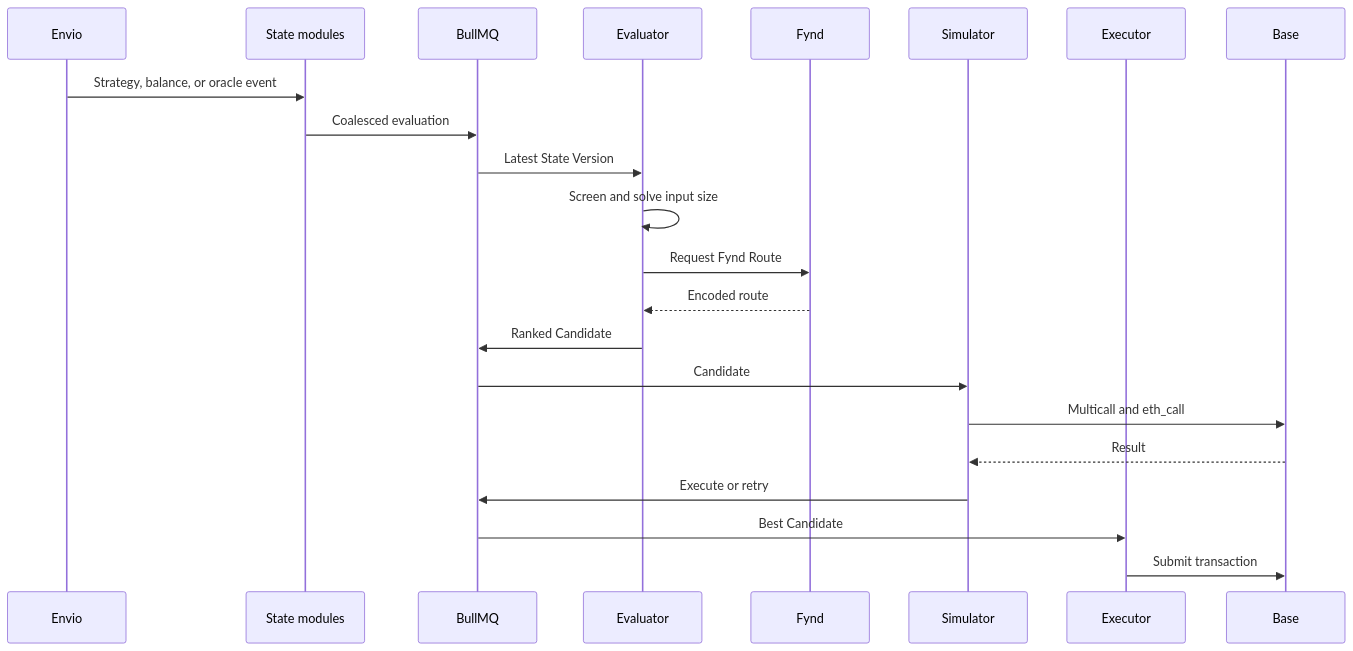
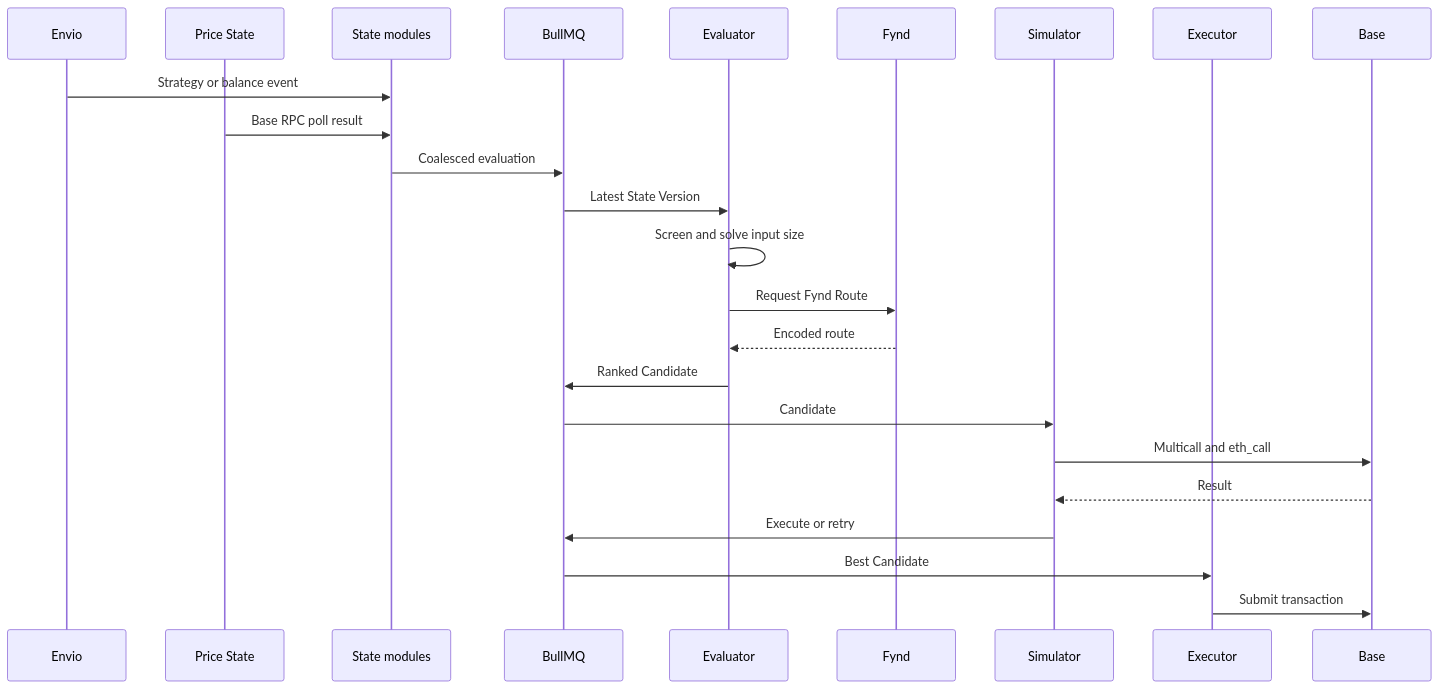
The third of 4 diagrams in docs/adr/0014-production-arbitrageur-design.md (bleu/aqua-portfolio-manager), drawn with Mermaid before and after one commit. The commit also changed other lines of this file, not shown here.

First line of the commit message:
docs(adr): Price State polls Base RPC instead of indexing events

````diff
--- a/docs/adr/0014-production-arbitrageur-design.md
+++ b/docs/adr/0014-production-arbitrageur-design.md
@@ -123,25 +124,27 @@
 ```mermaid
 sequenceDiagram
     participant Envio
+    participant Price as Price State
     participant State as State modules
     participant Queue as BullMQ
     participant Evaluator
     participant Fynd
     participant Simulator
     participant Executor
     participant Base
 
-    Envio->>State: Strategy, balance, or oracle event
+    Envio->>State: Strategy or balance event
+    Price->>State: Base RPC poll result
     State->>Queue: Coalesced evaluation
     Queue->>Evaluator: Latest State Version
     Evaluator->>Evaluator: Screen and solve input size
     Evaluator->>Fynd: Request Fynd Route
     Fynd-->>Evaluator: Encoded route
     Evaluator->>Queue: Ranked Candidate
     Queue->>Simulator: Candidate
     Simulator->>Base: Multicall and eth_call
     Base-->>Simulator: Result
     Simulator->>Queue: Execute or retry
     Queue->>Executor: Best Candidate
     Executor->>Base: Submit transaction
 ```
````
